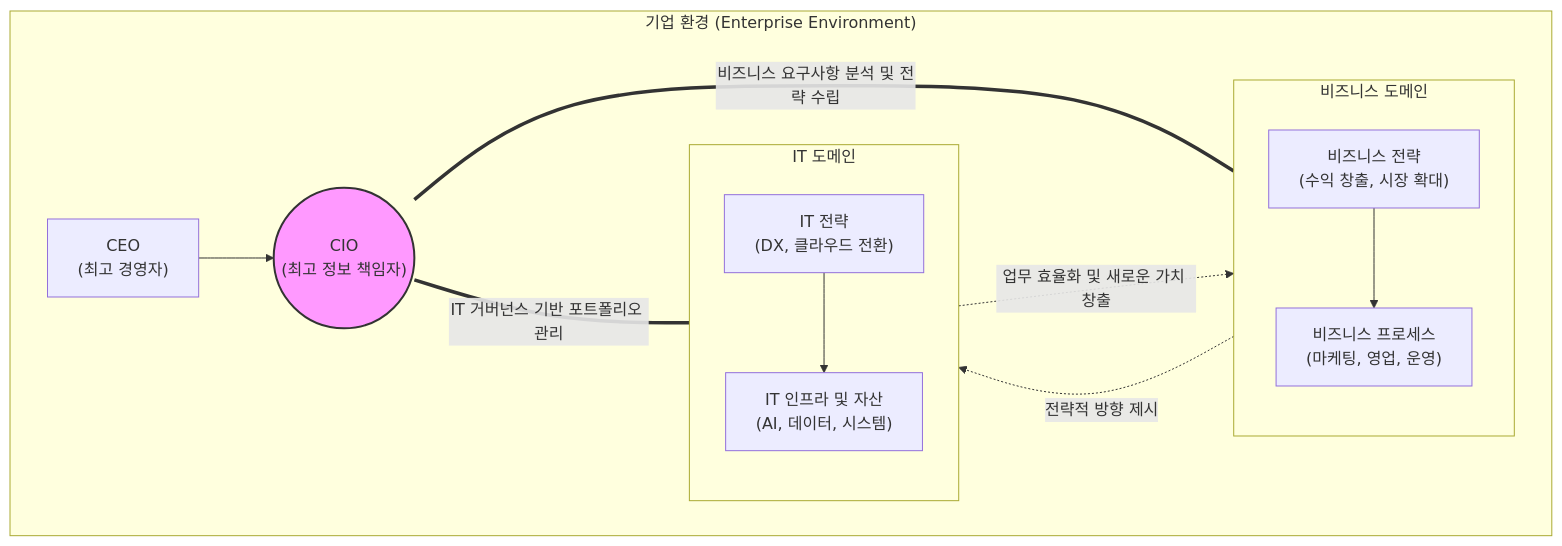
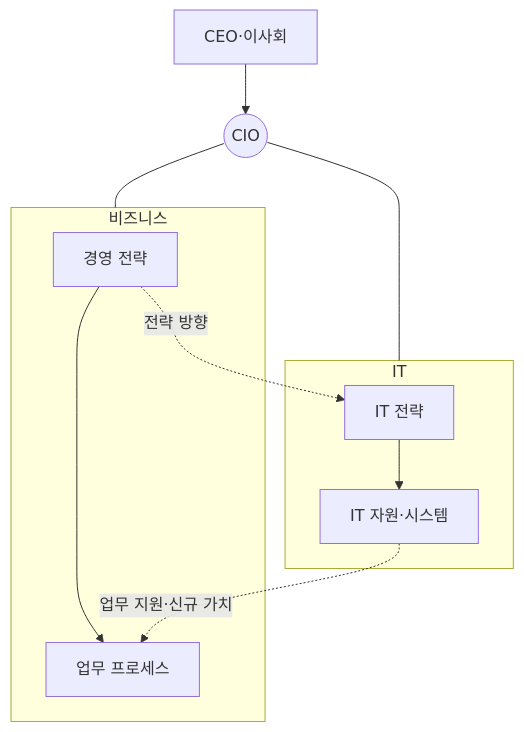
One commit to supremethumb/supremethumb.github.io changed the diagram in content/01_IT Tech/CIO.md. Above: the diagram before and after it, drawn with Mermaid. The commit also changed other lines of this file and 1087 other files, not shown here.

````diff
--- a/content/01_IT Tech/CIO.md
+++ b/content/01_IT Tech/CIO.md
@@ -23,33 +35,14 @@
 ```mermaid
 flowchart TB
-    subgraph Enterprise["기업 환경 (Enterprise Environment)"]
-        CEO["CEO<br/>(최고 경영자)"]
-        
-        CIO(("CIO<br/>(최고 정보 책임자)"))
-        
-        subgraph Business["비즈니스 도메인"]
-            direction TB
-            BS["비즈니스 전략<br/>(수익 창출, 시장 확대)"]
-            BP["비즈니스 프로세스<br/>(마케팅, 영업, 운영)"]
-            BS --> BP
-        end
-        
-        subgraph IT_Domain["IT 도메인"]
-            direction TB
-            ITS["IT 전략<br/>(DX, 클라우드 전환)"]
-            ITI["IT 인프라 및 자산<br/>(AI, 데이터, 시스템)"]
-            ITS --> ITI
-        end
-        
-        CEO --> CIO
-        CIO == "비즈니스 요구사항 분석 및 전략 수립" === Business
-        CIO == "IT 거버넌스 기반 포트폴리오 관리" === IT_Domain
-        
-        BS -. "전략적 방향 제시" .-> ITS
-        ITI -. "업무 효율화 및 새로운 가치 창출" .-> BP
+    CEO["CEO·이사회"] --> CIO(("CIO"))
+    subgraph B["비즈니스"]
+        BS["경영 전략"] --> BP["업무 프로세스"]
     end
-    
-    classDef highlight fill:#f9f,stroke:#333,stroke-width:2px;
-    class CIO highlight;
-
+    subgraph I["IT"]
+        IS["IT 전략"] --> IR["IT 자원·시스템"]
+    end
+    CIO --- B
+    CIO --- I
+    BS -.->|"전략 방향"| IS
+    IR -.->|"업무 지원·신규 가치"| BP
 ```
````
